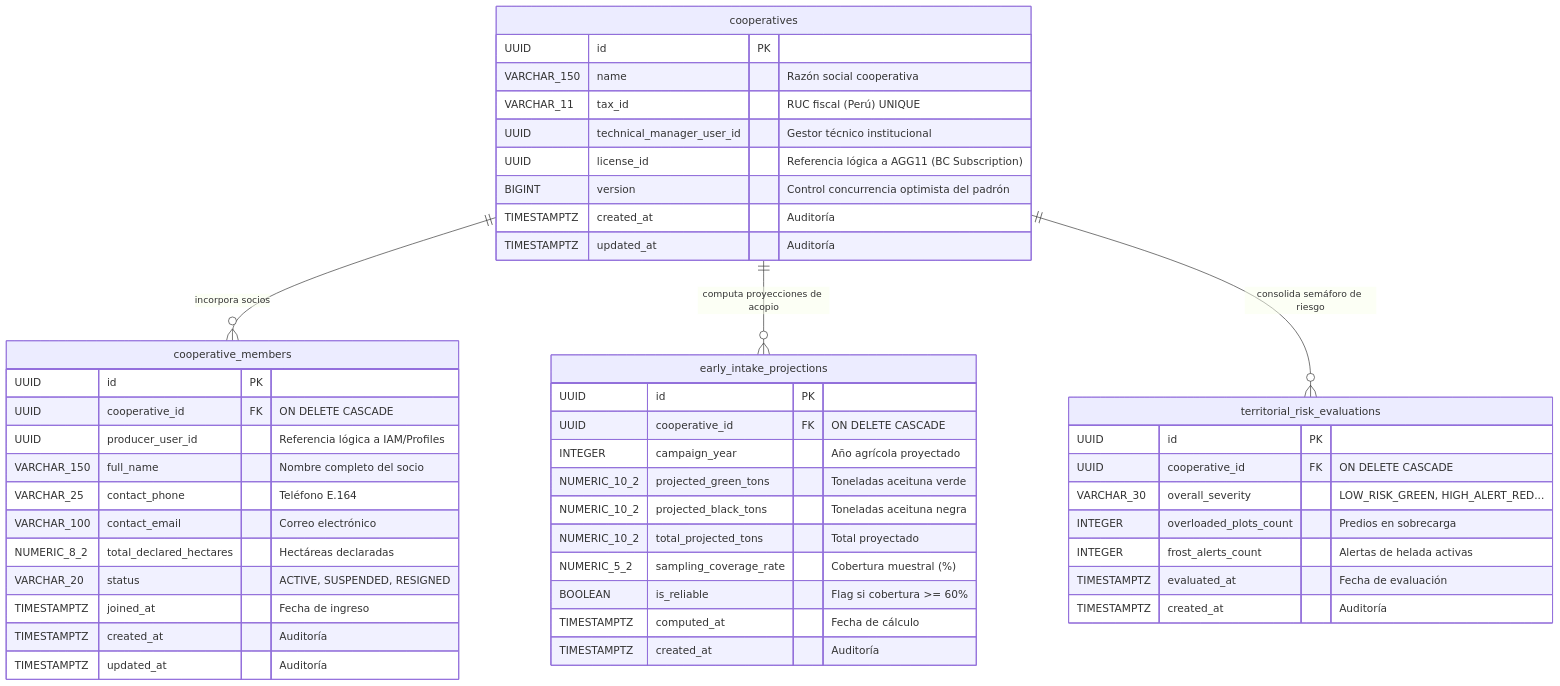
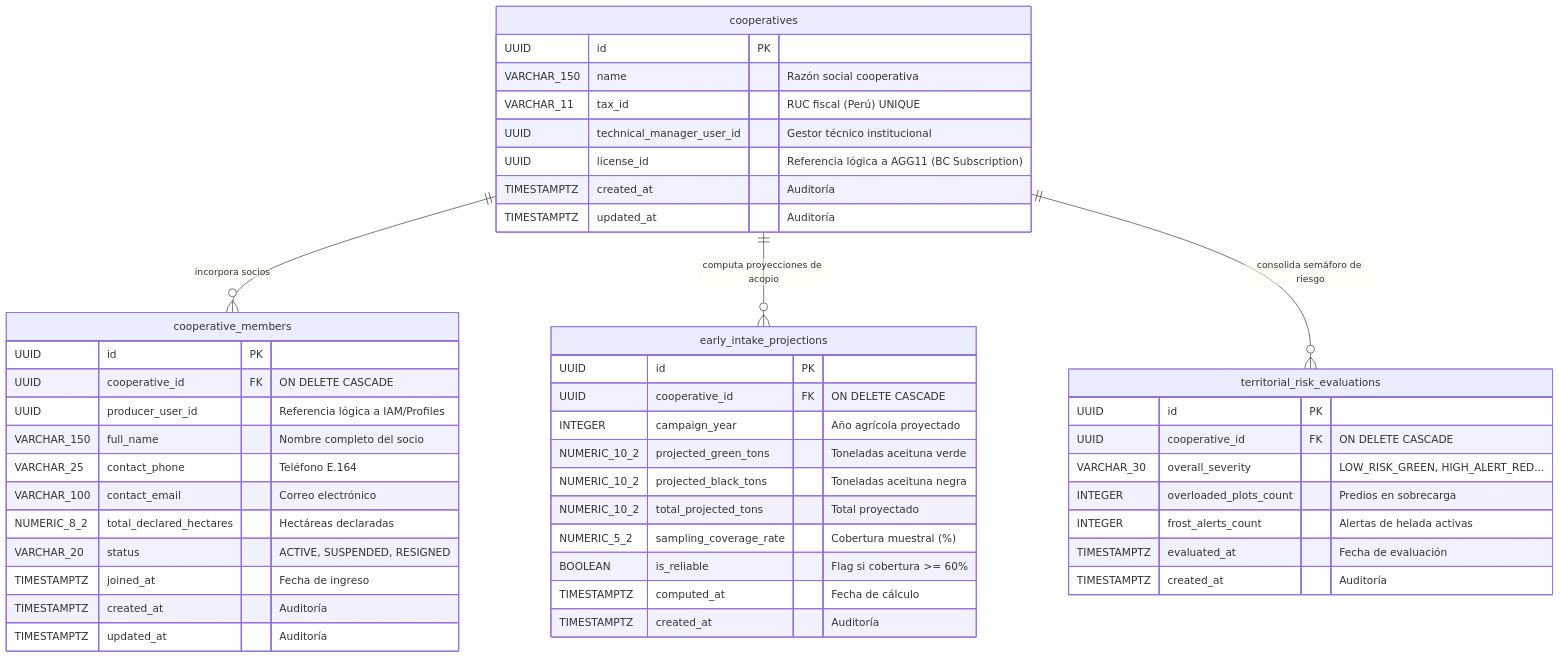
Before and after one commit to upc-pre-1acc0238-2620-4951-arcadiadevs/viora-report: the third of 5 diagrams in docs/tactical-ddd/cooperative-operations-tactical-ddd.md, drawn with Mermaid. The commit also changed other lines of this file and 8 other files, not shown here.

````diff
--- a/docs/tactical-ddd/cooperative-operations-tactical-ddd.md
+++ b/docs/tactical-ddd/cooperative-operations-tactical-ddd.md
@@ -566,54 +565,54 @@
 ```mermaid
 erDiagram
     cooperatives {
         UUID id PK
         VARCHAR_150 name "Razón social cooperativa"
         VARCHAR_11 tax_id "RUC fiscal (Perú) UNIQUE"
         UUID technical_manager_user_id "Gestor técnico institucional"
         UUID license_id "Referencia lógica a AGG11 (BC Subscription)"
-        BIGINT version "Control concurrencia optimista del padrón"
+
         TIMESTAMPTZ created_at "Auditoría"
         TIMESTAMPTZ updated_at "Auditoría"
     }
 
     cooperative_members {
         UUID id PK
         UUID cooperative_id FK "ON DELETE CASCADE"
         UUID producer_user_id "Referencia lógica a IAM/Profiles"
         VARCHAR_150 full_name "Nombre completo del socio"
         VARCHAR_25 contact_phone "Teléfono E.164"
         VARCHAR_100 contact_email "Correo electrónico"
         NUMERIC_8_2 total_declared_hectares "Hectáreas declaradas"
         VARCHAR_20 status "ACTIVE, SUSPENDED, RESIGNED"
         TIMESTAMPTZ joined_at "Fecha de ingreso"
         TIMESTAMPTZ created_at "Auditoría"
         TIMESTAMPTZ updated_at "Auditoría"
     }
 
     early_intake_projections {
         UUID id PK
         UUID cooperative_id FK "ON DELETE CASCADE"
         INTEGER campaign_year "Año agrícola proyectado"
         NUMERIC_10_2 projected_green_tons "Toneladas aceituna verde"
         NUMERIC_10_2 projected_black_tons "Toneladas aceituna negra"
         NUMERIC_10_2 total_projected_tons "Total proyectado"
         NUMERIC_5_2 sampling_coverage_rate "Cobertura muestral (%)"
         BOOLEAN is_reliable "Flag si cobertura >= 60%"
         TIMESTAMPTZ computed_at "Fecha de cálculo"
         TIMESTAMPTZ created_at "Auditoría"
     }
 
     territorial_risk_evaluations {
         UUID id PK
         UUID cooperative_id FK "ON DELETE CASCADE"
         VARCHAR_30 overall_severity "LOW_RISK_GREEN, HIGH_ALERT_RED..."
         INTEGER overloaded_plots_count "Predios en sobrecarga"
         INTEGER frost_alerts_count "Alertas de helada activas"
         TIMESTAMPTZ evaluated_at "Fecha de evaluación"
         TIMESTAMPTZ created_at "Auditoría"
     }
 
     cooperatives ||--o{ cooperative_members : "incorpora socios"
     cooperatives ||--o{ early_intake_projections : "computa proyecciones de acopio"
     cooperatives ||--o{ territorial_risk_evaluations : "consolida semáforo de riesgo"
 ```
````
